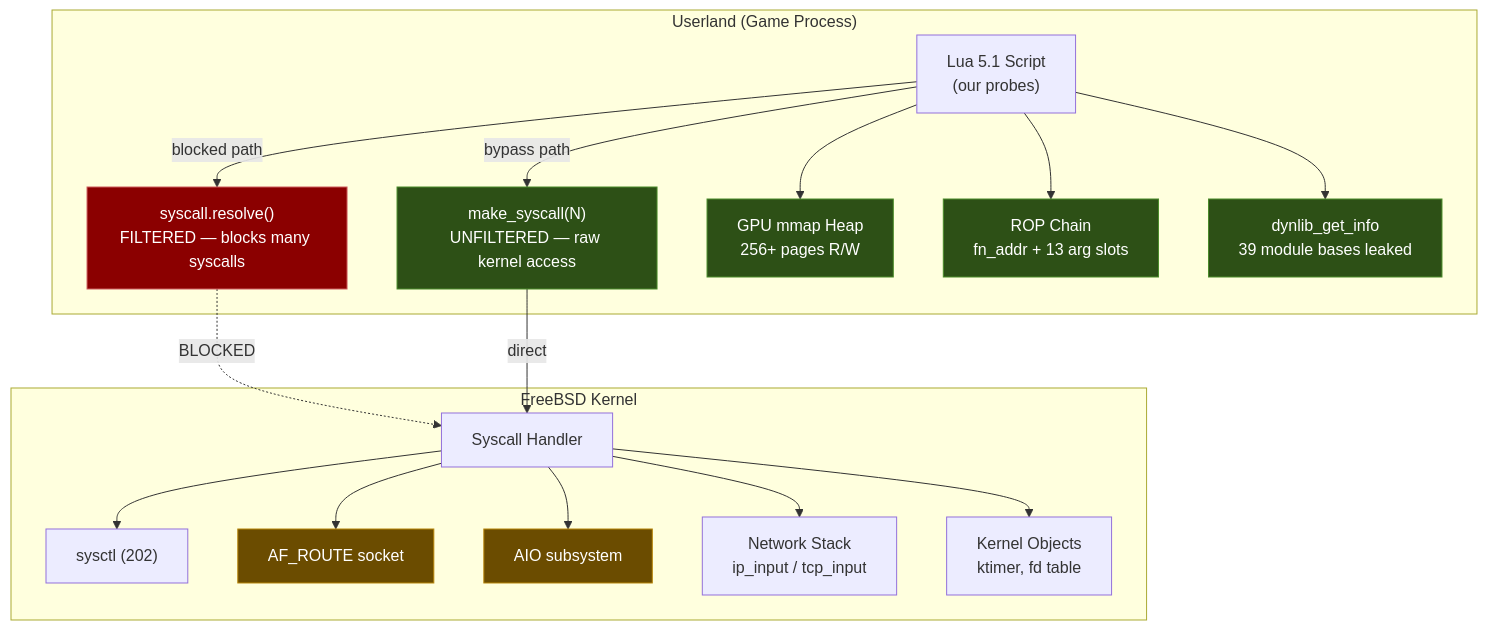
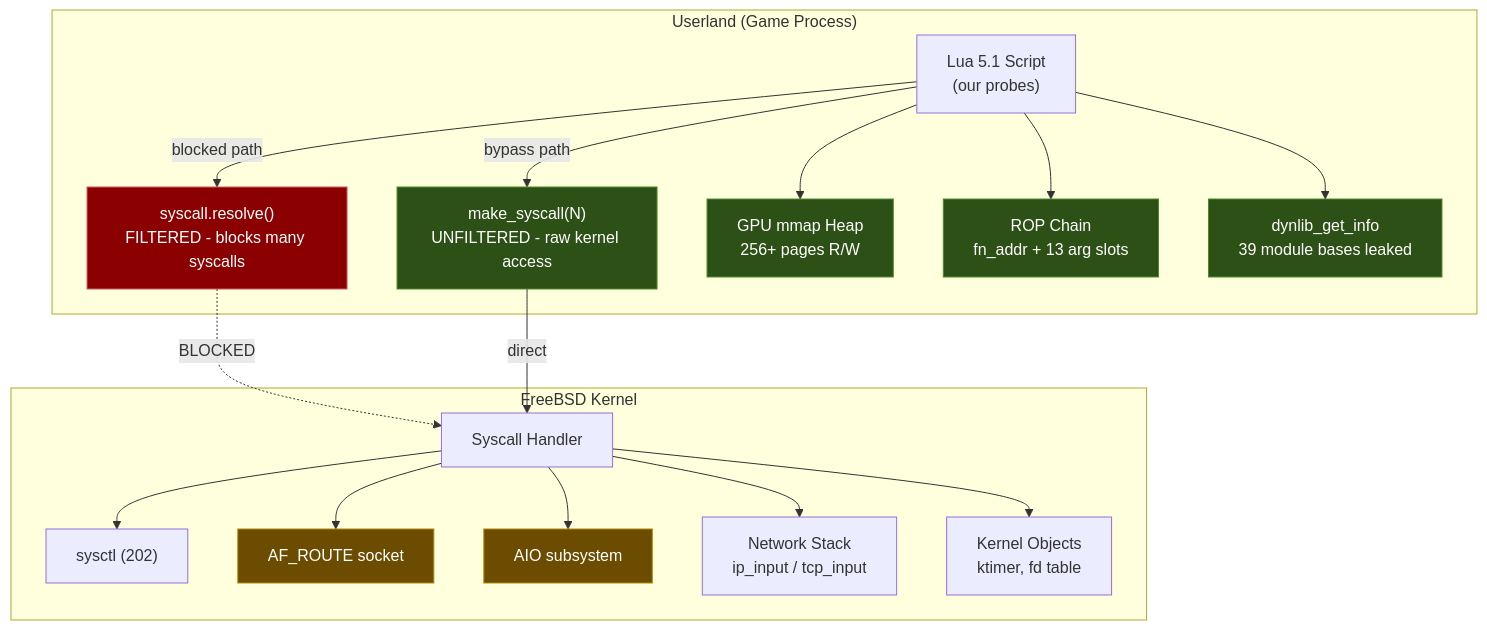
The second of 3 diagrams in README.md (0x7067/PS5-14.10-Research), drawn with Mermaid before and after one commit. The commit also changed other lines of this file and 1 other file, not shown here.

````diff
--- a/README.md
+++ b/README.md
@@ -39,41 +39,41 @@
 ```mermaid
 graph TD
     subgraph Userland ["Userland (Game Process)"]
         LUA["Lua 5.1 Script<br/>(our probes)"]
-        RESOLVE["syscall.resolve()<br/>FILTERED — blocks many syscalls"]
-        MAKESYS["make_syscall(N)<br/>UNFILTERED — raw kernel access"]
+        RESOLVE["syscall.resolve()<br/>FILTERED - blocks many syscalls"]
+        MAKESYS["make_syscall(N)<br/>UNFILTERED - raw kernel access"]
         HEAP["GPU mmap Heap<br/>256+ pages R/W"]
         ROP["ROP Chain<br/>fn_addr + 13 arg slots"]
         ASLR["dynlib_get_info<br/>39 module bases leaked"]
     end
 
     subgraph Kernel ["FreeBSD Kernel"]
         SYSCALL["Syscall Handler"]
         SYSCTL["sysctl (202)"]
         ROUTE["AF_ROUTE socket"]
         AIO["AIO subsystem"]
         NET["Network Stack<br/>ip_input / tcp_input"]
         KOBJ["Kernel Objects<br/>ktimer, fd table"]
     end
 
     LUA -->|blocked path| RESOLVE
     RESOLVE -.->|"BLOCKED"| SYSCALL
     LUA -->|bypass path| MAKESYS
     MAKESYS -->|direct| SYSCALL
     LUA --> HEAP
     LUA --> ROP
     LUA --> ASLR
     SYSCALL --> SYSCTL
     SYSCALL --> ROUTE
     SYSCALL --> AIO
     SYSCALL --> NET
     SYSCALL --> KOBJ
 
     style RESOLVE fill:#8b0000,stroke:#cd5c5c,color:#fff
     style MAKESYS fill:#2d5016,stroke:#4a8c2a,color:#fff
     style HEAP fill:#2d5016,stroke:#4a8c2a,color:#fff
     style ROP fill:#2d5016,stroke:#4a8c2a,color:#fff
     style ASLR fill:#2d5016,stroke:#4a8c2a,color:#fff
     style ROUTE fill:#6b4c00,stroke:#b8860b,color:#fff
     style AIO fill:#6b4c00,stroke:#b8860b,color:#fff
 ```
````
